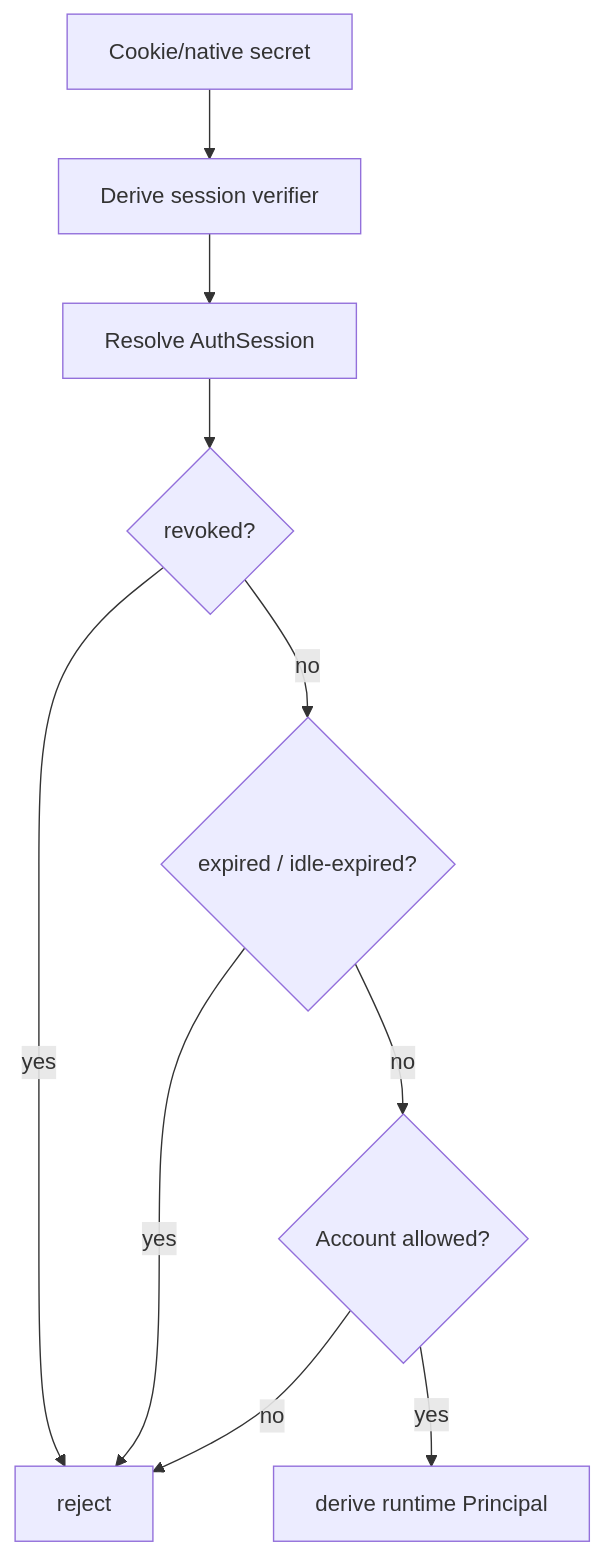
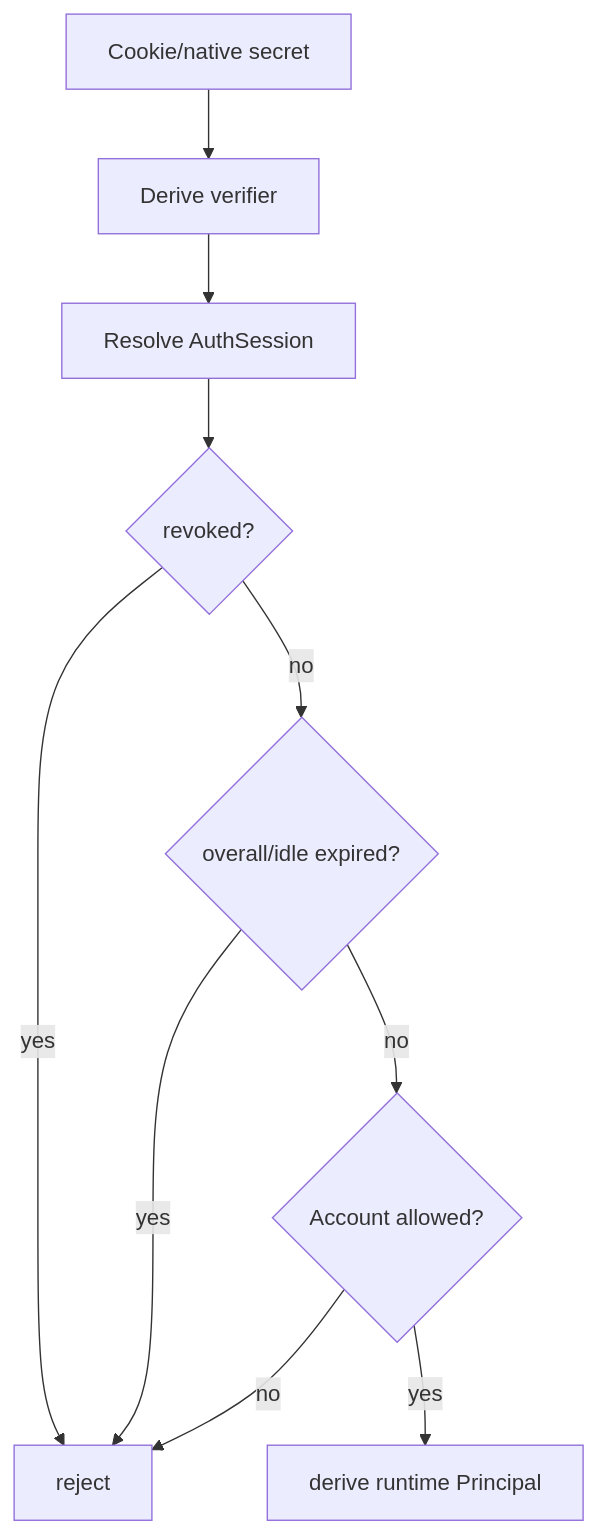
Before and after one commit to MattiaRubino/dante: the first of 2 diagrams in docs/architecture/access-auth-security-contract.md, drawn with Mermaid. The commit also changed other lines of this file, not shown here.

````diff
--- a/docs/architecture/access-auth-security-contract.md
+++ b/docs/architecture/access-auth-security-contract.md
@@ -119,12 +133,12 @@
 ```mermaid
 flowchart TD
-    C[Cookie/native secret] --> H[Derive session verifier]
+    C[Cookie/native secret] --> H[Derive verifier]
     H --> S[Resolve AuthSession]
     S --> R{revoked?}
     R -->|yes| X[reject]
-    R -->|no| E{expired / idle-expired?}
+    R -->|no| E{overall/idle expired?}
     E -->|yes| X
     E -->|no| A{Account allowed?}
     A -->|no| X
     A -->|yes| P[derive runtime Principal]
 ```
````
